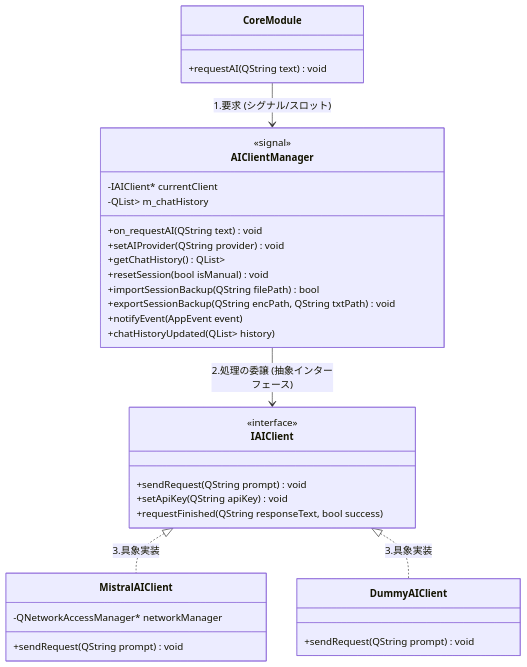
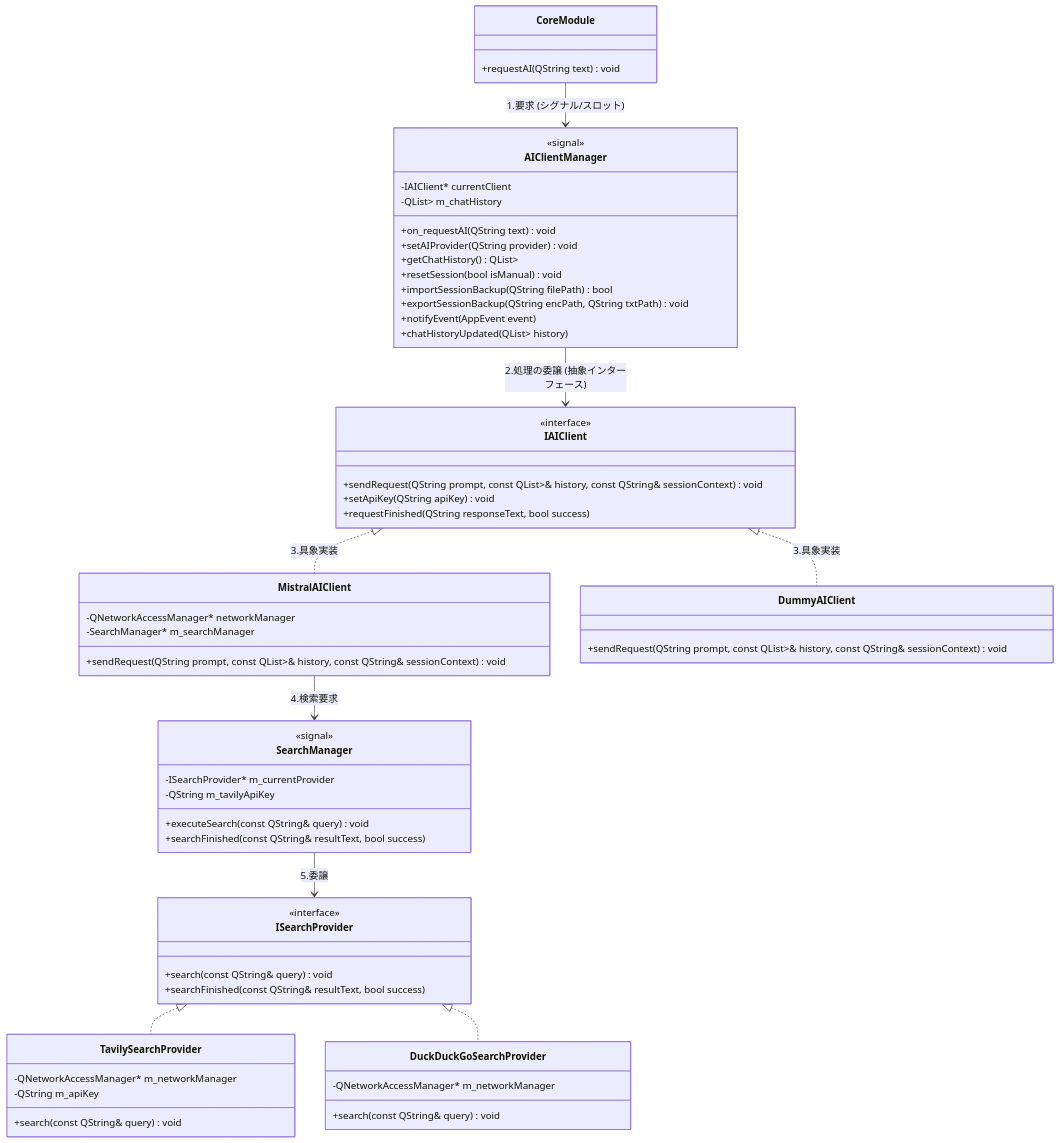
Before and after one commit to BLUE000/AiAssistantAvatar: the third of 13 diagrams in doc/BasicDesign.md, drawn with Mermaid. The commit also changed other lines of this file and 5 other files, not shown here.

````diff
--- a/doc/BasicDesign.md
+++ b/doc/BasicDesign.md
@@ -119,38 +121,65 @@
 ```mermaid
 classDiagram
     class CoreModule {
         +requestAI(QString text) void
     }
     class AIClientManager {
         -IAIClient* currentClient
         -QList<QPair<QString, QString>> m_chatHistory
         +on_requestAI(QString text) void
         +setAIProvider(QString provider) void
         +getChatHistory() QList<QPair<QString, QString>>
         +resetSession(bool isManual) void
         +importSessionBackup(QString filePath) bool
         +exportSessionBackup(QString encPath, QString txtPath) void
         <<signal>>
         +notifyEvent(AppEvent event)
         +chatHistoryUpdated(QList<QPair<QString, QString>> history)
     }
     class IAIClient {
         <<interface>>
-        +sendRequest(QString prompt) void
+        +sendRequest(QString prompt, const QList<QPair<QString, QString>>& history, const QString& sessionContext) void
         +setApiKey(QString apiKey) void
         <<signal>>
         +requestFinished(QString responseText, bool success)
     }
     class MistralAIClient {
         -QNetworkAccessManager* networkManager
-        +sendRequest(QString prompt) void
+        -SearchManager* m_searchManager
+        +sendRequest(QString prompt, const QList<QPair<QString, QString>>& history, const QString& sessionContext) void
     }
     class DummyAIClient {
-        +sendRequest(QString prompt) void
+        +sendRequest(QString prompt, const QList<QPair<QString, QString>>& history, const QString& sessionContext) void
+    }
+    class SearchManager {
+        -ISearchProvider* m_currentProvider
+        -QString m_tavilyApiKey
+        +executeSearch(const QString& query) void
+        <<signal>>
+        +searchFinished(const QString& resultText, bool success)
+    }
+    class ISearchProvider {
+        <<interface>>
+        +search(const QString& query) void
+        <<signal>>
+        +searchFinished(const QString& resultText, bool success)
+    }
+    class TavilySearchProvider {
+        -QNetworkAccessManager* m_networkManager
+        -QString m_apiKey
+        +search(const QString& query) void
+    }
+    class DuckDuckGoSearchProvider {
+        -QNetworkAccessManager* m_networkManager
+        +search(const QString& query) void
     }
 
     CoreModule --> AIClientManager : 1.要求 (シグナル/スロット)
     AIClientManager --> IAIClient : 2.処理の委譲 (抽象インターフェース)
     IAIClient <|.. MistralAIClient : 3.具象実装
     IAIClient <|.. DummyAIClient : 3.具象実装
+    MistralAIClient --> SearchManager : 4.検索要求
+    SearchManager --> ISearchProvider : 5.委譲
+    ISearchProvider <|.. TavilySearchProvider
+    ISearchProvider <|.. DuckDuckGoSearchProvider
 ```
````
